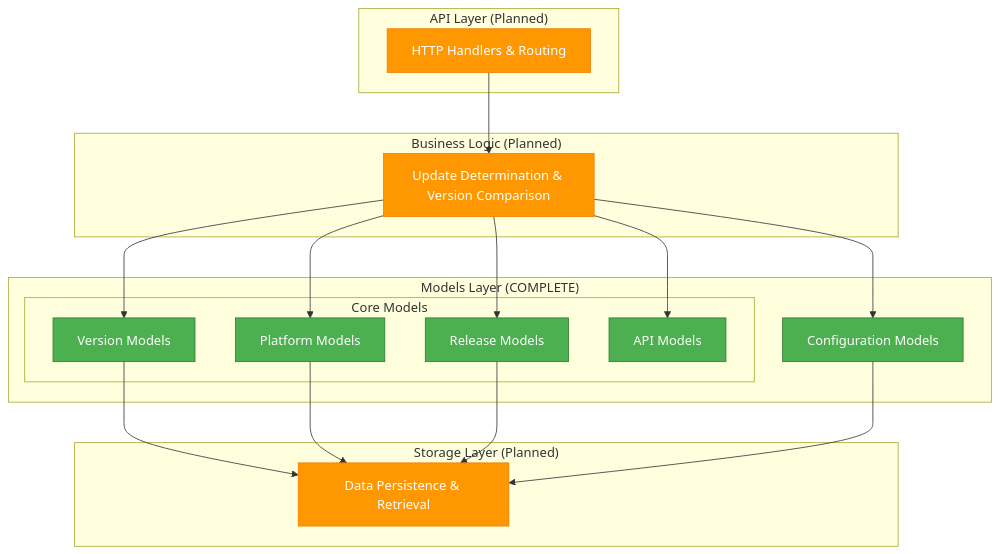
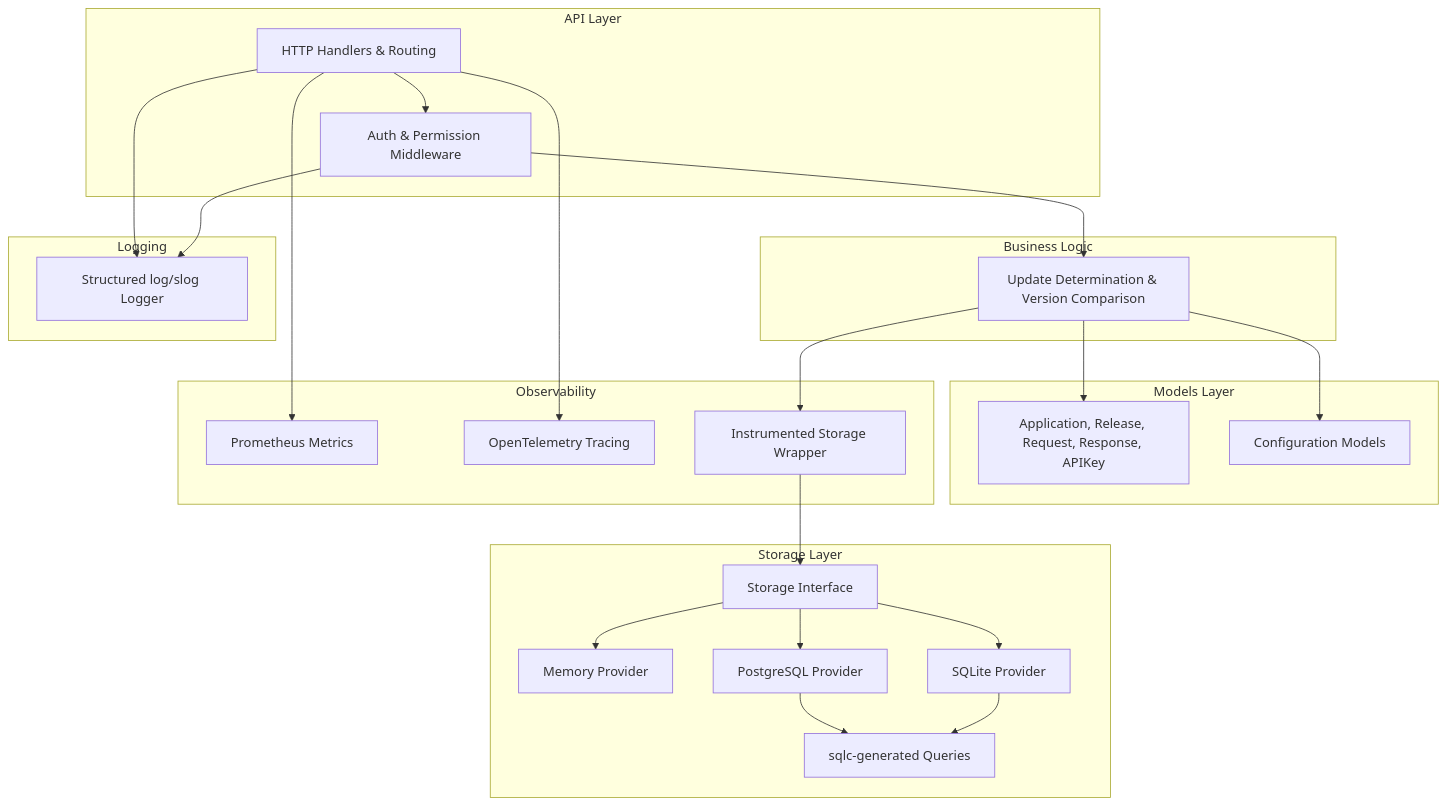
One commit to griffinskudder/updater changed the diagram in docs/index.md. Above: the diagram before and after it, drawn with Mermaid. The commit also changed other lines of this file, not shown here.

Commit message:
docs: update index.md to reflect completed implementation (#41)
* docs: update index.md to reflect completed implementation

All layers are now complete. Update the development status table,
architecture diagram, key features, and API endpoint list to
accurately reflect the current state of the service.

* docs: fix diagram arrows, add missing endpoints, clarify auth conditions

- Reverse instStorage-->iface arrow (InstrumentedStorage wraps the interface)
- Add api-->logger and mw-->logger edges (logger was a disconnected island)
- Add GET /version and GET /api/v1/version to public endpoint inventory
- Qualify protected endpoint groups with "requires security.enable_auth: true"

* docs: remove colour styling from architecture diagram

All components are complete; the status-tracking colours are no longer
needed and made the diagram harder to read.

* docs: fix architecture diagram wiring and consolidate auth notes

---------

````diff
--- a/docs/index.md
+++ b/docs/index.md
@@ -55,41 +59,51 @@
 ```mermaid
 graph TB
-    subgraph "API Layer (Planned)"
+    subgraph "API Layer"
         api[HTTP Handlers & Routing]
+        mw[Auth & Permission Middleware]
     end
 
-    subgraph "Business Logic (Planned)"
+    subgraph "Business Logic"
         logic[Update Determination & Version Comparison]
     end
 
-    subgraph "Models Layer (COMPLETE)"
-        subgraph "Core Models"
-            version[Version Models]
-            platform[Platform Models]
-            release[Release Models]
-            apimodels[API Models]
-        end
+    subgraph "Models Layer"
+        models[Application, Release, Request, Response, APIKey]
         config[Configuration Models]
     end
 
-    subgraph "Storage Layer (Planned)"
-        storage[Data Persistence & Retrieval]
+    subgraph "Storage Layer"
+        iface[Storage Interface]
+        mem[Memory Provider]
+        pg[PostgreSQL Provider]
+        sqlite[SQLite Provider]
+        sqlc[sqlc-generated Queries]
     end
 
-    api --> logic
-    logic --> version
-    logic --> platform
-    logic --> release
-    logic --> apimodels
+    subgraph "Observability"
+        metrics[Prometheus Metrics]
+        tracing[OpenTelemetry Tracing]
+        instStorage[Instrumented Storage Wrapper]
+    end
+
+    subgraph "Logging"
+        logger[Structured log/slog Logger]
+    end
+
+    api --> mw
+    mw --> logic
+    logic --> models
     logic --> config
-    version --> storage
-    platform --> storage
-    release --> storage
-    config --> storage
+    logic --> instStorage
+    instStorage --> iface
+    iface --> mem
+    iface --> pg
+    iface --> sqlite
+    pg --> sqlc
+    sqlite --> sqlc
+    api --> metrics
+    api --> tracing
+    api --> logger
+    mw --> logger
 
-    classDef complete fill:#4caf50,stroke:#2e7d32,color:#fff
-    classDef planned fill:#ff9800,stroke:#f57c00,color:#fff
-
-    class version,platform,release,apimodels,config complete
-    class api,logic,storage planned
 ```
````
